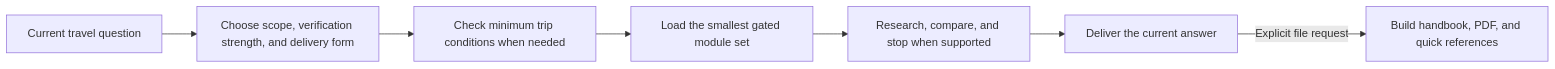
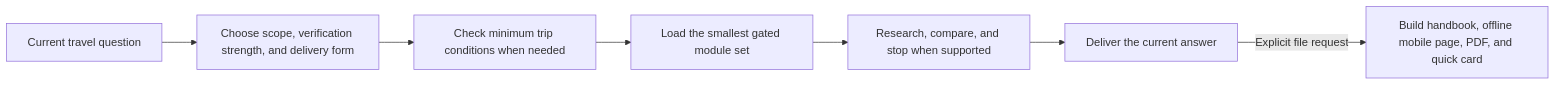
Before and after one commit to Lukala23/ai-travel-planning-kit: the diagram in README.en.md, drawn with Mermaid. The commit also changed other lines of this file and 31 other files, not shown here.

````diff
--- a/README.en.md
+++ b/README.en.md
@@ -34,9 +34,9 @@
 ```mermaid
 flowchart LR
     A["Current travel question"] --> B["Choose scope, verification strength, and delivery form"]
     B --> C["Check minimum trip conditions when needed"]
     C --> D["Load the smallest gated module set"]
     D --> E["Research, compare, and stop when supported"]
     E --> F["Deliver the current answer"]
-    F -->|"Explicit file request"| G["Build handbook, PDF, and quick references"]
+    F -->|"Explicit file request"| G["Build handbook, offline mobile page, PDF, and quick card"]
 ```
````
